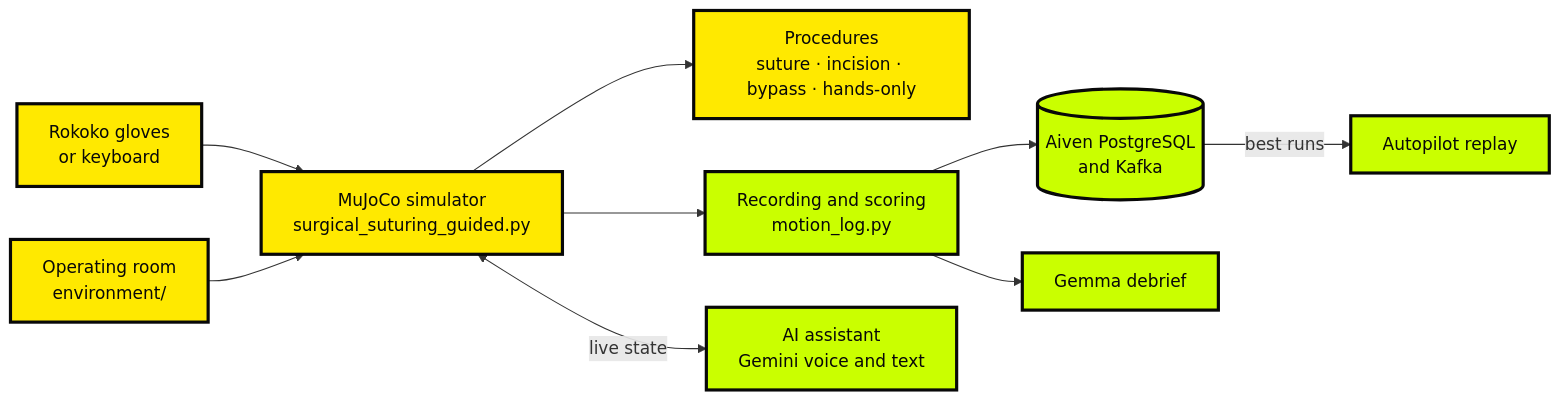
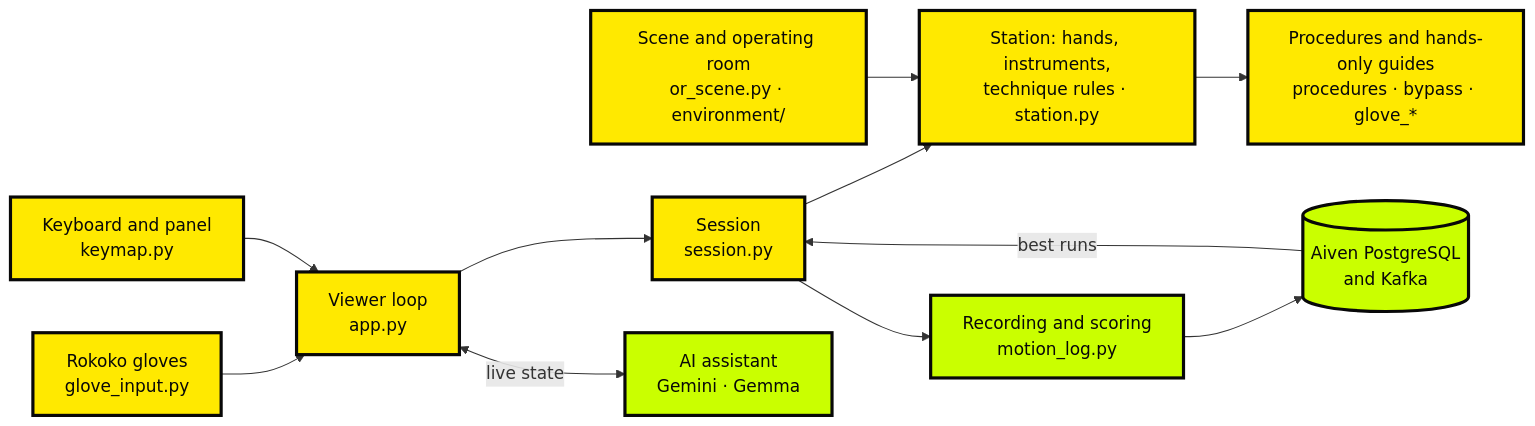
The diagram in README.md (shiinalight/Anatomation), drawn with Mermaid before and after one commit. The commit also changed other lines of this file and 1 other file, not shown here.

Commit message:
Docs: architecture diagram and file map for the new modules, development section (tests, lint, CI)

````diff
--- a/README.md
+++ b/README.md
@@ -152,15 +152,17 @@
 ```mermaid
 flowchart LR
-    Gloves[Rokoko gloves<br/>or keyboard] --> Sim[MuJoCo simulator<br/>surgical_suturing_guided.py]
-    Sim --> Proc[Procedures<br/>suture · incision · bypass · hands-only]
-    Room[Operating room<br/>environment/] --> Sim
-    Sim --> Log[Recording and scoring<br/>motion_log.py]
+    Gloves[Rokoko gloves<br/>glove_input.py] --> App
+    Keys[Keyboard and panel<br/>keymap.py] --> App
+    App[Viewer loop<br/>app.py] --> Session[Session<br/>session.py]
+    Session --> Station[Station: hands, instruments,<br/>technique rules · station.py]
+    Station --> Proc[Procedures and hands-only guides<br/>procedures · bypass · glove_*]
+    Room[Scene and operating room<br/>or_scene.py · environment/] --> Station
+    Session --> Log[Recording and scoring<br/>motion_log.py]
     Log --> Aiven[(Aiven PostgreSQL<br/>and Kafka)]
-    Aiven -->|best runs| Auto[Autopilot replay]
-    Sim <-->|live state| Coach[AI assistant<br/>Gemini voice and text]
-    Log --> Gemma[Gemma debrief]
+    Aiven -->|best runs| Session
+    App <-->|live state| Coach[AI assistant<br/>Gemini · Gemma]
     classDef core fill:#FFE900,stroke:#080808,stroke-width:3px,color:#080808
     classDef ai fill:#CAFF00,stroke:#080808,stroke-width:3px,color:#080808
-    class Gloves,Sim,Proc,Room core
-    class Log,Aiven,Auto,Coach,Gemma ai
+    class Gloves,Keys,App,Session,Station,Proc,Room core
+    class Log,Aiven,Coach ai
 ```
````
